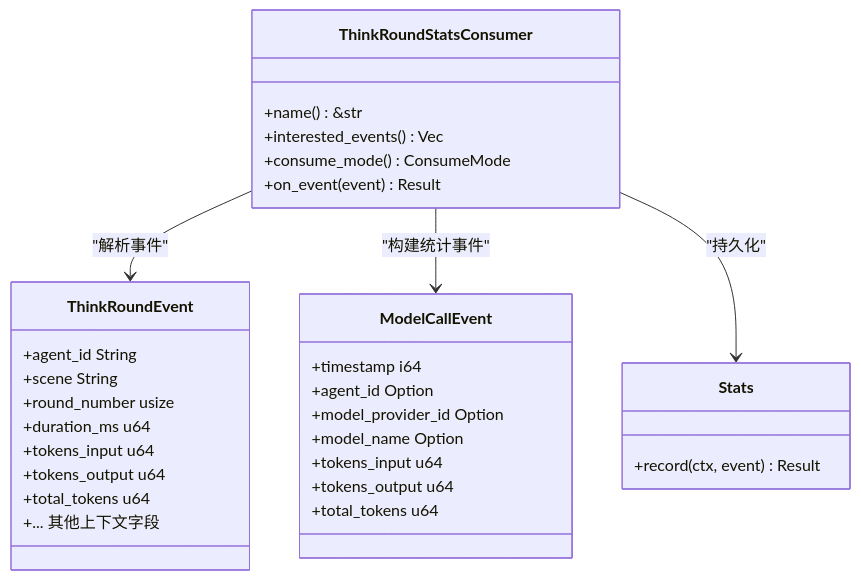
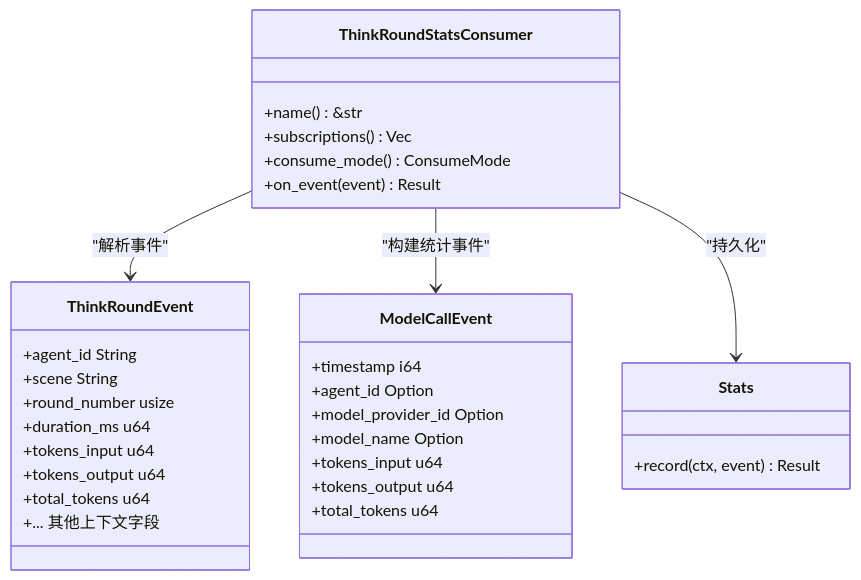
Before and after one commit to runningcoders/ai_orz: the fourth of 4 diagrams in docs/wiki/zh/content/基础设施/AOP 事件系统/事件消费者/思考轮次统计消费者.md, drawn with Mermaid. The commit also changed other lines of this file and 37 other files, not shown here.

````diff
--- a/docs/wiki/zh/content/基础设施/AOP 事件系统/事件消费者/思考轮次统计消费者.md
+++ b/docs/wiki/zh/content/基础设施/AOP 事件系统/事件消费者/思考轮次统计消费者.md
@@ -213,34 +218,34 @@
 ```mermaid
 classDiagram
 class ThinkRoundStatsConsumer {
 +name() &str
-+interested_events() Vec<EventKind>
++subscriptions() Vec<Subscription>
 +consume_mode() ConsumeMode
 +on_event(event) Result
 }
 class ThinkRoundEvent {
 +agent_id String
 +scene String
 +round_number usize
 +duration_ms u64
 +tokens_input u64
 +tokens_output u64
 +total_tokens u64
 +... 其他上下文字段
 }
 class ModelCallEvent {
 +timestamp i64
 +agent_id Option<String>
 +model_provider_id Option<String>
 +model_name Option<String>
 +tokens_input u64
 +tokens_output u64
 +total_tokens u64
 }
 class Stats {
 +record(ctx, event) Result
 }
 ThinkRoundStatsConsumer --> ThinkRoundEvent : "解析事件"
 ThinkRoundStatsConsumer --> ModelCallEvent : "构建统计事件"
 ThinkRoundStatsConsumer --> Stats : "持久化"
 ```
````
